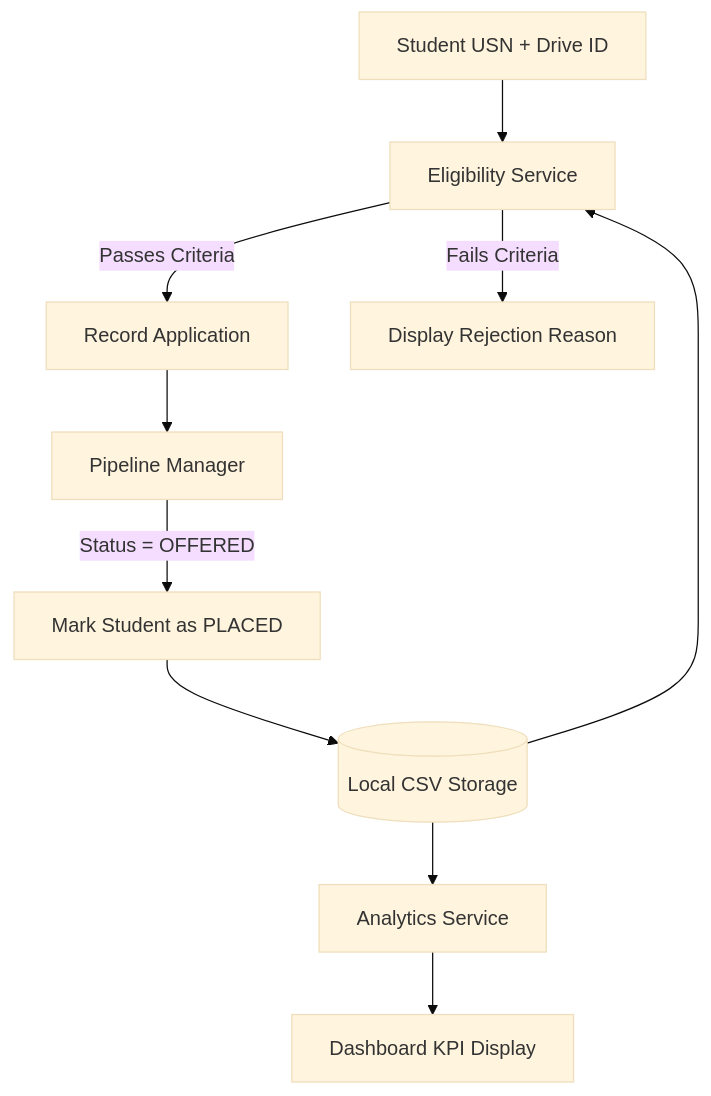
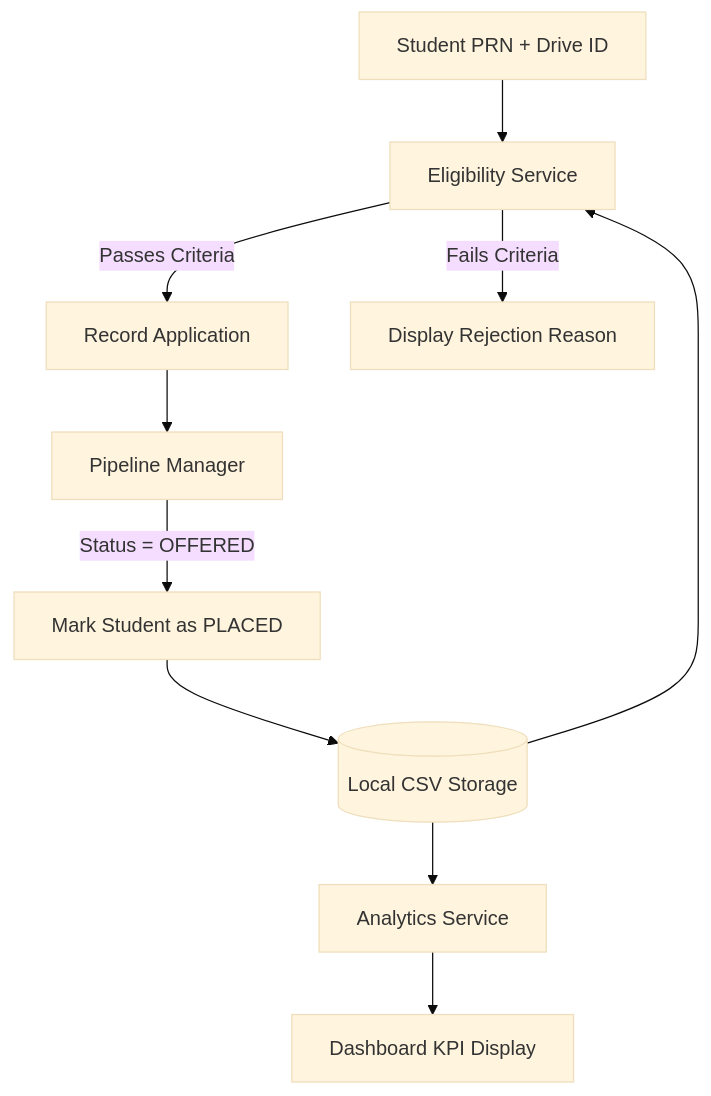
The third of 4 diagrams in PROJECT_REPORT.md (Kshitijjangam/CampusPlacementPortal), drawn with Mermaid (base theme) before and after one commit. The commit also changed other lines of this file and 3 other files, not shown here.

Commit message:
Update project reports with student details: Kshitij Jangam (PRN 1032230618) and Aayush Sharma (PRN 1032220990)

````diff
--- a/PROJECT_REPORT.md
+++ b/PROJECT_REPORT.md
@@ -210,12 +221,12 @@
 ```mermaid
 graph TD
-    STU_IN[Student USN + Drive ID] --> ELIG_ENG[Eligibility Service]
+    STU_IN[Student PRN + Drive ID] --> ELIG_ENG[Eligibility Service]
     STORE[(Local CSV Storage)] --> ELIG_ENG
     ELIG_ENG -->|Passes Criteria| APP_REC[Record Application]
     ELIG_ENG -->|Fails Criteria| ERR_MSG[Display Rejection Reason]
     APP_REC --> STAGE_MGR[Pipeline Manager]
     STAGE_MGR -->|Status = OFFERED| AUTO_PLACE[Mark Student as PLACED]
     AUTO_PLACE --> STORE
     STORE --> ANALYTICS[Analytics Service]
     ANALYTICS --> DASH[Dashboard KPI Display]
 ```
````
